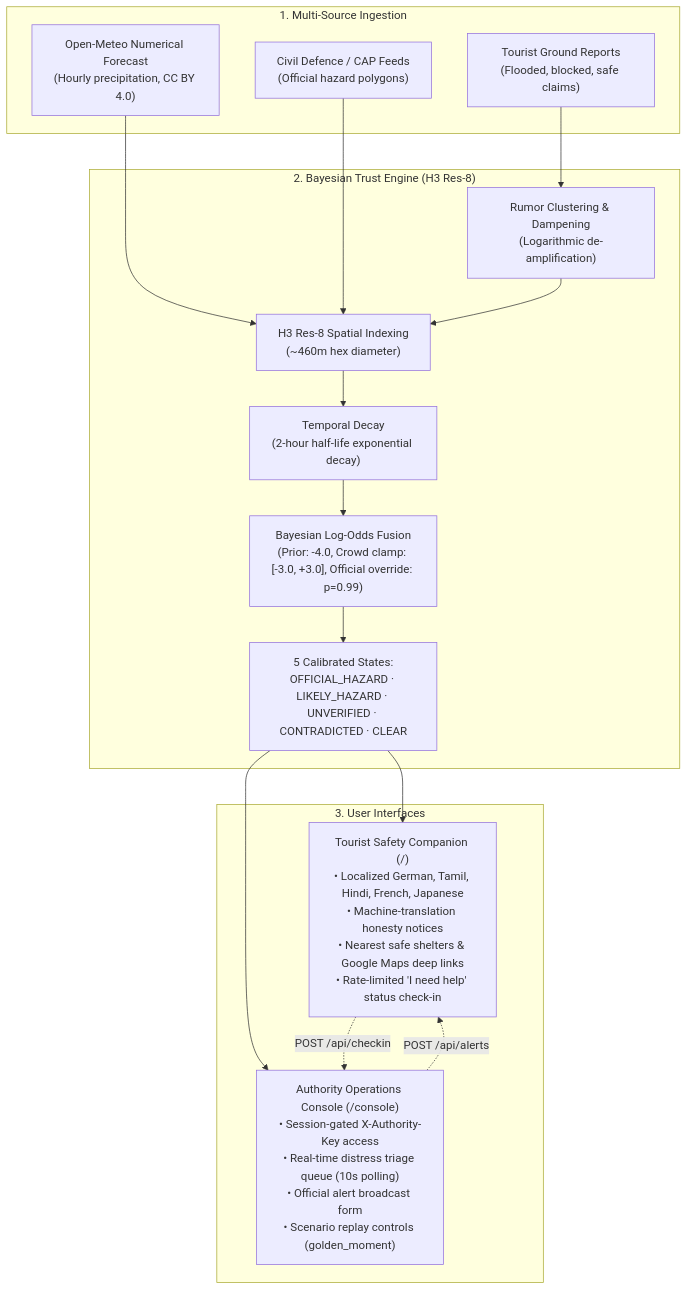
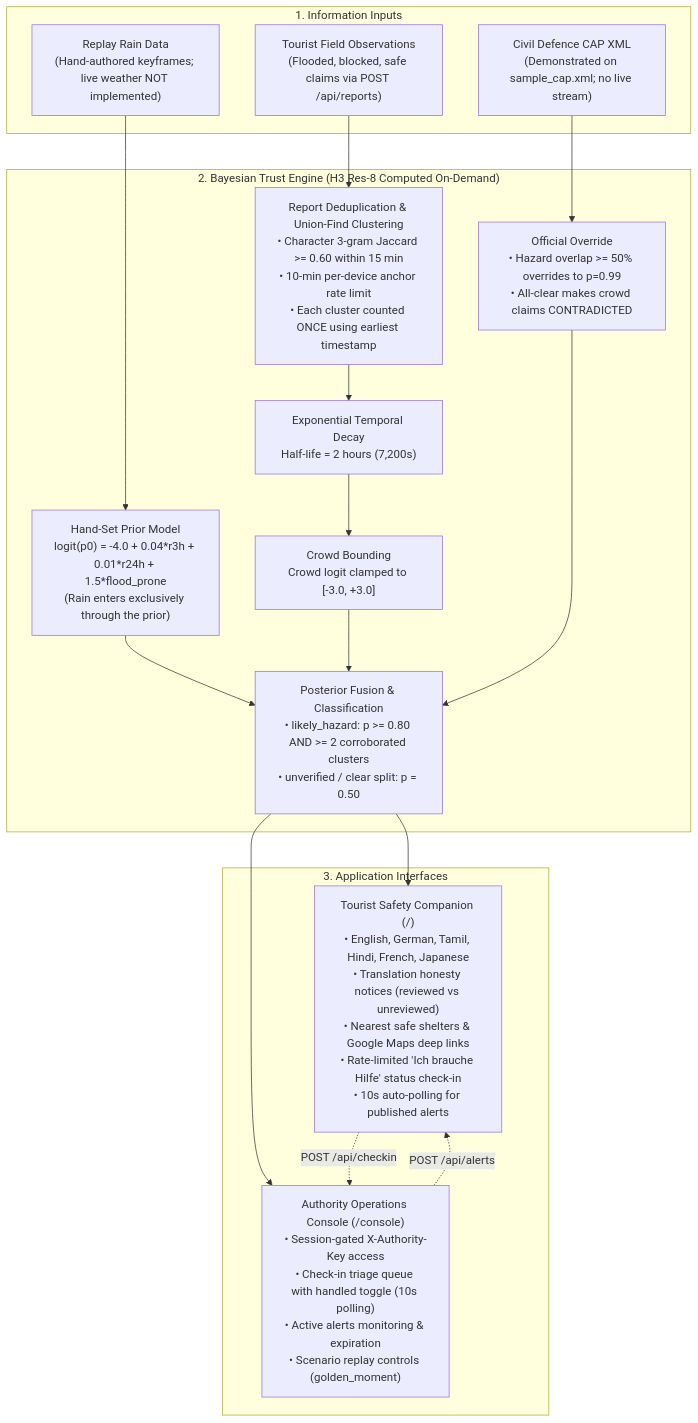
Before and after one commit to manasvivek25-spec/StreetVerism: the diagram in README.md, drawn with Mermaid. The commit also changed other lines of this file and 2 other files, not shown here.

Commit message:
docs: audit and correct README claims, trust engine spec, and demo documentation

````diff
--- a/README.md
+++ b/README.md
@@ -33,33 +30,35 @@
 ```mermaid
 flowchart TD
-    subgraph Ingestion["1. Multi-Source Ingestion"]
-        OM["Open-Meteo Numerical Forecast<br/>(Hourly precipitation, CC BY 4.0)"]
-        CAP["Civil Defence / CAP Feeds<br/>(Official hazard polygons)"]
-        CROWD["Tourist Ground Reports<br/>(Flooded, blocked, safe claims)"]
+    subgraph Inputs["1. Information Inputs"]
+        RAIN["Replay Rain Data<br/>(Hand-authored keyframes; live weather NOT implemented)"]
+        CAP["Civil Defence CAP XML<br/>(Demonstrated on sample_cap.xml; no live stream)"]
+        REPORTS["Tourist Field Observations<br/>(Flooded, blocked, safe claims via POST /api/reports)"]
     end
 
-    subgraph Engine["2. Bayesian Trust Engine (H3 Res-8)"]
-        SPATIAL["H3 Res-8 Spatial Indexing<br/>(~460m hex diameter)"]
-        CLUST["Rumor Clustering & Dampening<br/>(Logarithmic de-amplification)"]
-        DECAY["Temporal Decay<br/>(2-hour half-life exponential decay)"]
-        FUSION["Bayesian Log-Odds Fusion<br/>(Prior: -4.0, Crowd clamp: [-3.0, +3.0], Official override: p=0.99)"]
-        STATES["5 Calibrated States:<br/>OFFICIAL_HAZARD · LIKELY_HAZARD · UNVERIFIED · CONTRADICTED · CLEAR"]
+    subgraph TrustEngine["2. Bayesian Trust Engine (H3 Res-8 Computed On-Demand)"]
+        PRIOR["Hand-Set Prior Model<br/>logit(p0) = -4.0 + 0.04*r3h + 0.01*r24h + 1.5*flood_prone<br/>(Rain enters exclusively through the prior)"]
+        DEDUP["Report Deduplication & Union-Find Clustering<br/>• Character 3-gram Jaccard >= 0.60 within 15 min<br/>• 10-min per-device anchor rate limit<br/>• Each cluster counted ONCE using earliest timestamp"]
+        DECAY["Exponential Temporal Decay<br/>Half-life = 2 hours (7,200s)"]
+        CLAMP["Crowd Bounding<br/>Crowd logit clamped to [-3.0, +3.0]"]
+        OVERRIDE["Official Override<br/>• Hazard overlap >= 50% overrides to p=0.99<br/>• All-clear makes crowd claims CONTRADICTED"]
+        FUSION["Posterior Fusion & Classification<br/>• likely_hazard: p >= 0.80 AND >= 2 corroborated clusters<br/>• unverified / clear split: p = 0.50"]
     end
 
-    subgraph Clients["3. User Interfaces"]
-        TOURIST["Tourist Safety Companion (/)<br/>• Localized German, Tamil, Hindi, French, Japanese<br/>• Machine-translation honesty notices<br/>• Nearest safe shelters & Google Maps deep links<br/>• Rate-limited 'I need help' status check-in"]
-        CONSOLE["Authority Operations Console (/console)<br/>• Session-gated X-Authority-Key access<br/>• Real-time distress triage queue (10s polling)<br/>• Official alert broadcast form<br/>• Scenario replay controls (golden_moment)"]
+    subgraph Interfaces["3. Application Interfaces"]
+        TOURIST["Tourist Safety Companion (/)<br/>• English, German, Tamil, Hindi, French, Japanese<br/>• Translation honesty notices (reviewed vs unreviewed)<br/>• Nearest safe shelters & Google Maps deep links<br/>• Rate-limited 'Ich brauche Hilfe' status check-in<br/>• 10s auto-polling for published alerts"]
+        CONSOLE["Authority Operations Console (/console)<br/>• Session-gated X-Authority-Key access<br/>• Check-in triage queue with handled toggle (10s polling)<br/>• Active alerts monitoring & expiration<br/>• Scenario replay controls (golden_moment)"]
     end
 
-    OM --> SPATIAL
-    CAP --> SPATIAL
-    CROWD --> CLUST
-    CLUST --> SPATIAL
-    SPATIAL --> DECAY
-    DECAY --> FUSION
-    FUSION --> STATES
-    STATES --> TOURIST
-    STATES --> CONSOLE
+    RAIN --> PRIOR
+    REPORTS --> DEDUP
+    DEDUP --> DECAY
+    DECAY --> CLAMP
+    PRIOR --> FUSION
+    CLAMP --> FUSION
+    CAP --> OVERRIDE
+    OVERRIDE --> FUSION
+    FUSION --> TOURIST
+    FUSION --> CONSOLE
     TOURIST -.->|POST /api/checkin| CONSOLE
     CONSOLE -.->|POST /api/alerts| TOURIST
 ```
````
